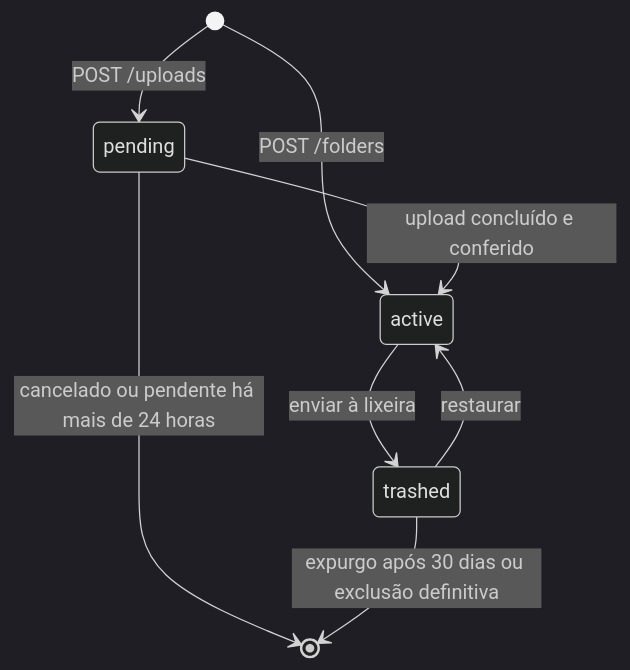
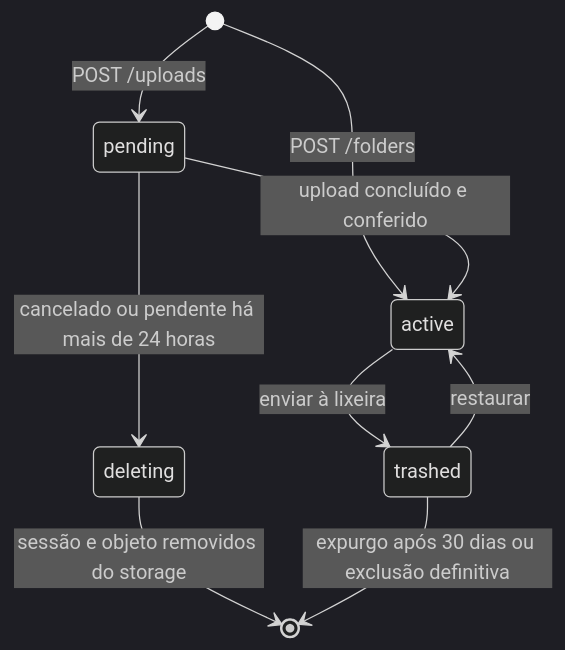
The third of 4 diagrams in docs/lld.md (argentinaluiz/spec-pullrequest-ia), drawn with Mermaid (dark theme) before and after one commit. The commit also changed other lines of this file and 29 other files, not shown here.

First line of the commit message:
fix: purge pending uploads through a deleting claim, as the plan ordered (LUI-170)

````diff
--- a/docs/lld.md
+++ b/docs/lld.md
@@ -365,10 +365,11 @@
 ```mermaid
 stateDiagram-v2
     [*] --> pending: POST /uploads
     [*] --> active: POST /folders
     pending --> active: upload concluído e conferido
-    pending --> [*]: cancelado ou pendente há mais de 24 horas
+    pending --> deleting: cancelado ou pendente há mais de 24 horas
+    deleting --> [*]: sessão e objeto removidos do storage
     active --> trashed: enviar à lixeira
     trashed --> active: restaurar
     trashed --> [*]: expurgo após 30 dias ou exclusão definitiva
 ```
````
